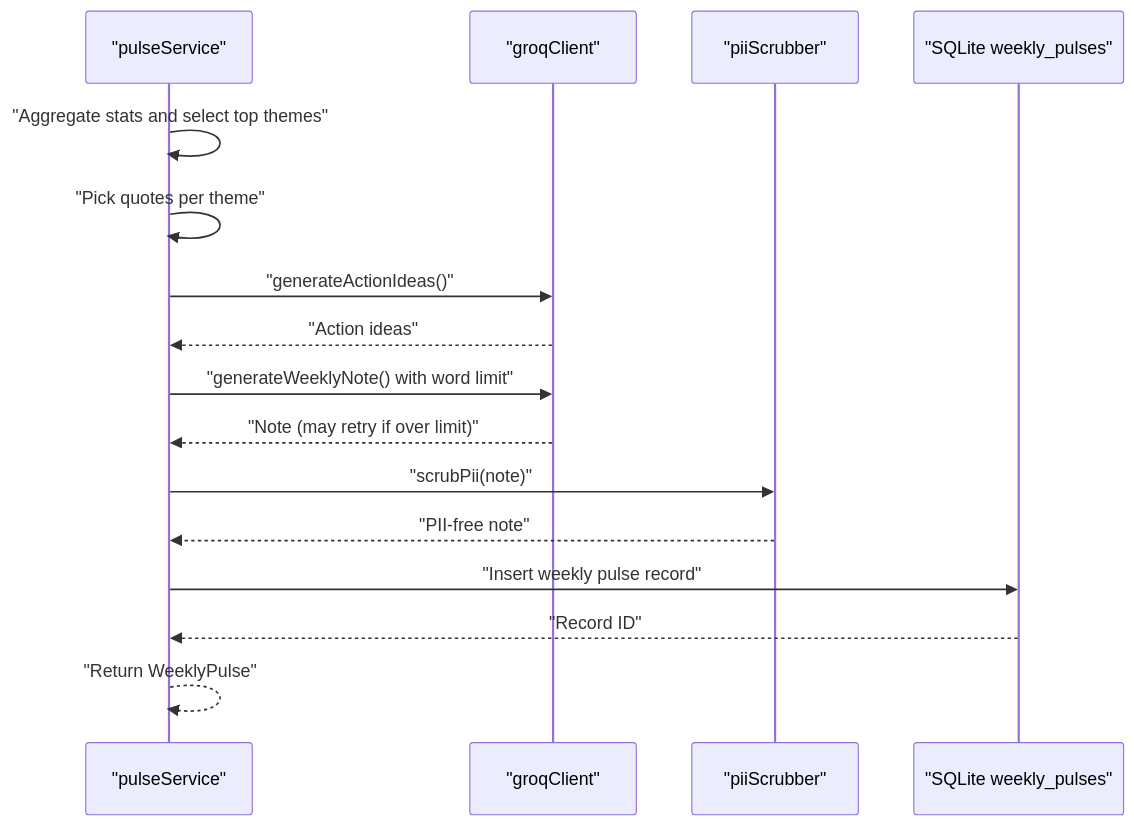
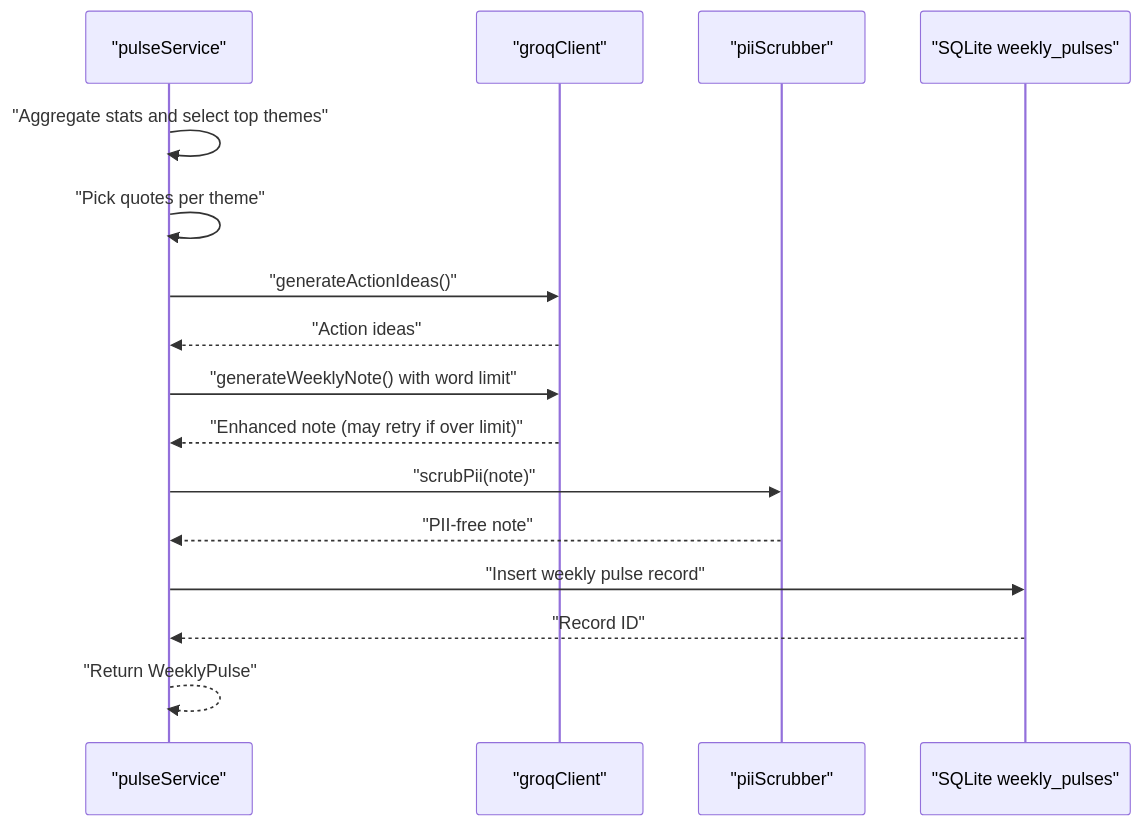
The seventh of 9 diagrams in .qoder/repowiki/en/content/Phase 2_ Advanced Analytics & Automation/LLM Integration with Groq.md (aravinthraj-ramalingam/Groww-App-Review-Insights-Analyzer-), drawn with Mermaid before and after one commit. The commit also changed other lines of this file and 4 other files, not shown here.

````diff
--- a/.qoder/repowiki/en/content/Phase 2_ Advanced Analytics & Automation/LLM Integration with Groq.md
+++ b/.qoder/repowiki/en/content/Phase 2_ Advanced Analytics & Automation/LLM Integration with Groq.md
@@ -263,18 +277,18 @@
 ```mermaid
 sequenceDiagram
 participant Pulse as "pulseService"
 participant Groq as "groqClient"
 participant Scrub as "piiScrubber"
 participant DB as "SQLite weekly_pulses"
 Pulse->>Pulse : "Aggregate stats and select top themes"
 Pulse->>Pulse : "Pick quotes per theme"
 Pulse->>Groq : "generateActionIdeas()"
 Groq-->>Pulse : "Action ideas"
 Pulse->>Groq : "generateWeeklyNote() with word limit"
-Groq-->>Pulse : "Note (may retry if over limit)"
+Groq-->>Pulse : "Enhanced note (may retry if over limit)"
 Pulse->>Scrub : "scrubPii(note)"
 Scrub-->>Pulse : "PII-free note"
 Pulse->>DB : "Insert weekly pulse record"
 DB-->>Pulse : "Record ID"
 Pulse-->>Pulse : "Return WeeklyPulse"
 ```
````
